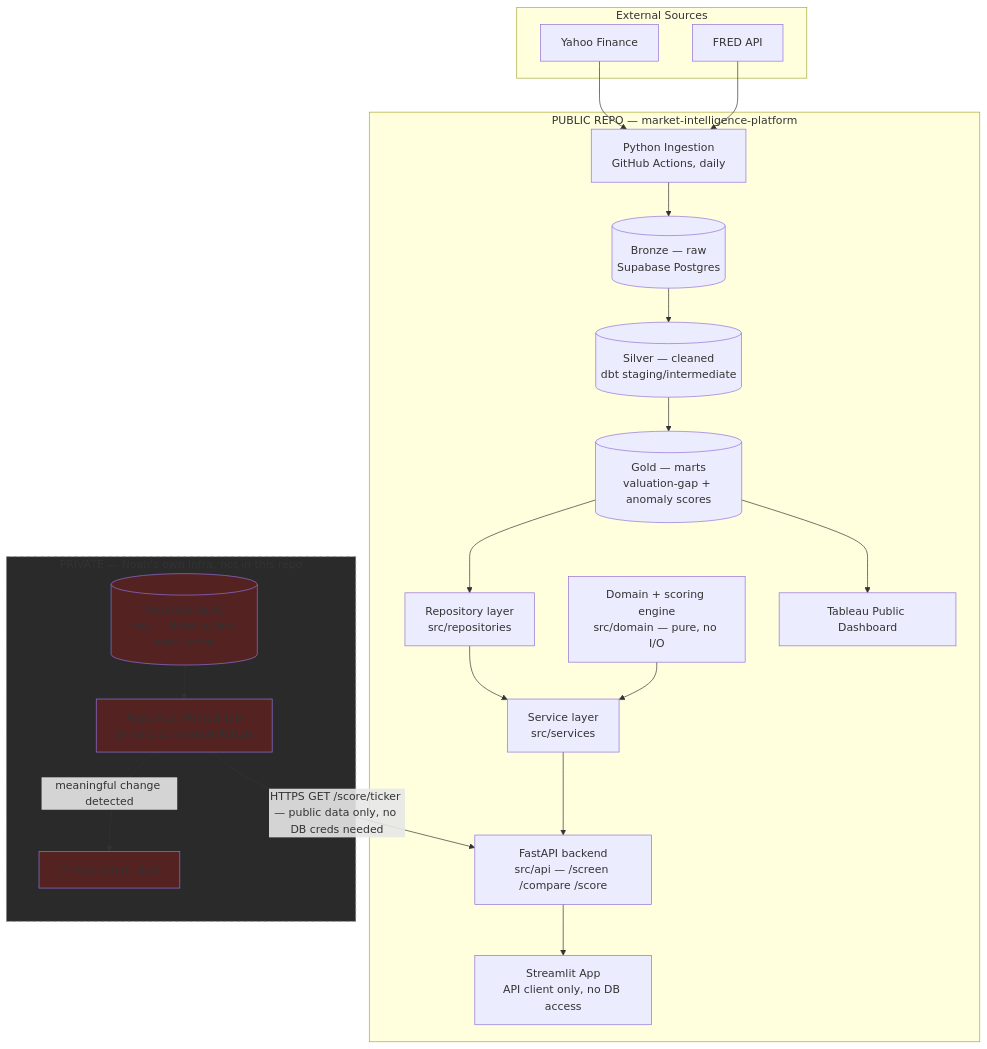
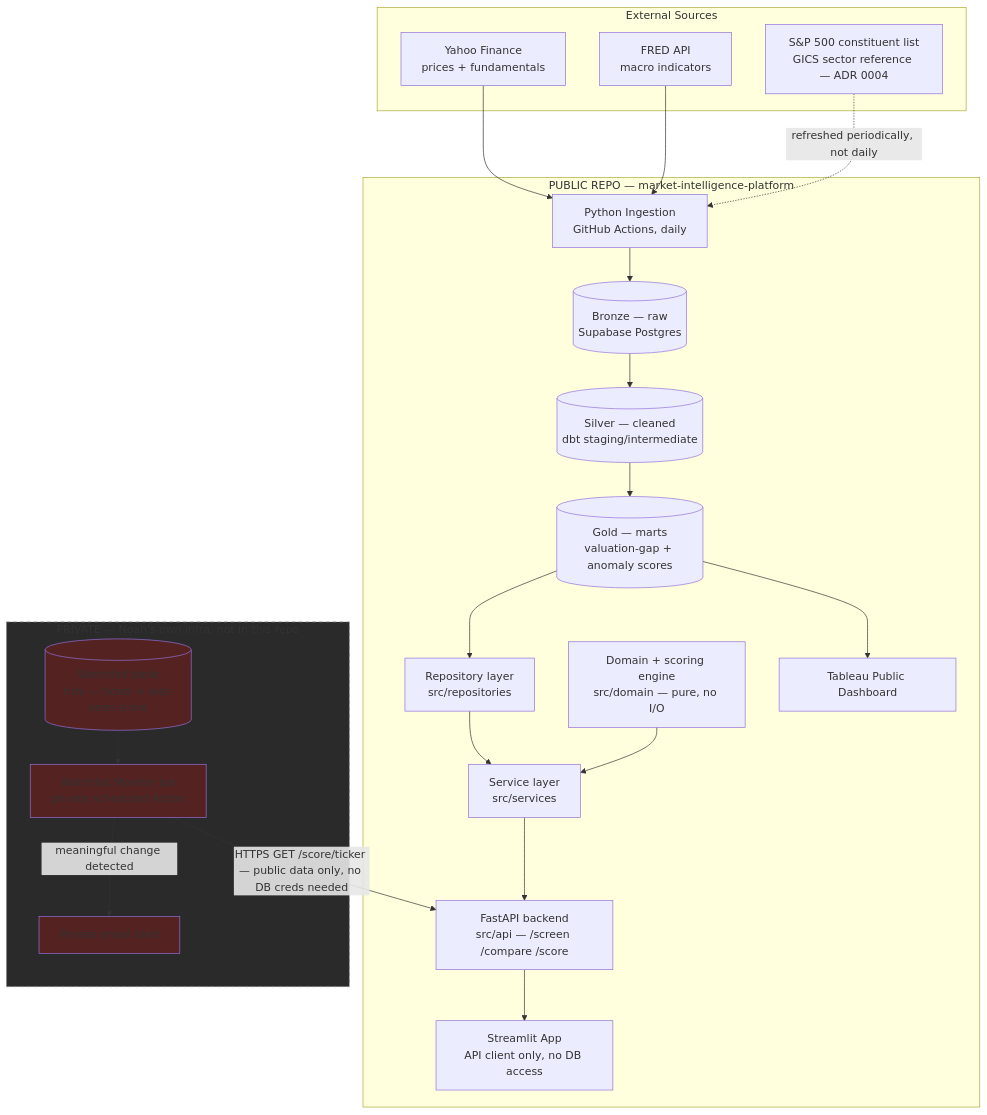
Before and after one commit to Noahlopez0518/market-intelligence-platform: the diagram in docs/architecture.md, drawn with Mermaid. The commit also changed other lines of this file and 6 other files, not shown here.

````diff
--- a/docs/architecture.md
+++ b/docs/architecture.md
@@ -9,43 +9,45 @@
 ```mermaid
 flowchart TD
     subgraph Sources["External Sources"]
-        YF[Yahoo Finance]
-        FRED[FRED API]
+        YF[Yahoo Finance<br/>prices + fundamentals]
+        FRED[FRED API<br/>macro indicators]
+        WIKI[S&P 500 constituent list<br/>GICS sector reference — ADR 0004]
     end
 
     subgraph PublicRepo["PUBLIC REPO — market-intelligence-platform"]
         ING[Python Ingestion<br/>GitHub Actions, daily]
         BRONZE[(Bronze — raw<br/>Supabase Postgres)]
         SILVER[(Silver — cleaned<br/>dbt staging/intermediate)]
         GOLD[(Gold — marts<br/>valuation-gap + anomaly scores)]
         REPO[Repository layer<br/>src/repositories]
         DOMAIN[Domain + scoring engine<br/>src/domain — pure, no I/O]
         SVC[Service layer<br/>src/services]
         API[FastAPI backend<br/>src/api — /screen /compare /score]
         APP[Streamlit App<br/>API client only, no DB access]
         TABLEAU[Tableau Public Dashboard]
     end
 
     subgraph PrivateRepo["PRIVATE — Noah's own infra, not in this repo"]
         WLDB[(Watchlist table<br/>tiny — ticker + last-seen score)]
         MONITOR[Watchlist Monitor job<br/>private scheduled Action]
         EMAIL[Private email alert]
     end
 
     YF --> ING
     FRED --> ING
+    WIKI -.refreshed periodically, not daily.-> ING
     ING --> BRONZE --> SILVER --> GOLD
     GOLD --> REPO --> SVC
     DOMAIN --> SVC
     SVC --> API --> APP
     GOLD --> TABLEAU
 
     WLDB --> MONITOR
     MONITOR -->|HTTPS GET /score/ticker — public data only, no DB creds needed| API
     MONITOR -->|meaningful change detected| EMAIL
 
     style PrivateRepo fill:#2a2a2a,stroke:#888,stroke-dasharray: 5 5
     style WLDB fill:#552222
     style MONITOR fill:#552222
     style EMAIL fill:#552222
 ```
````
